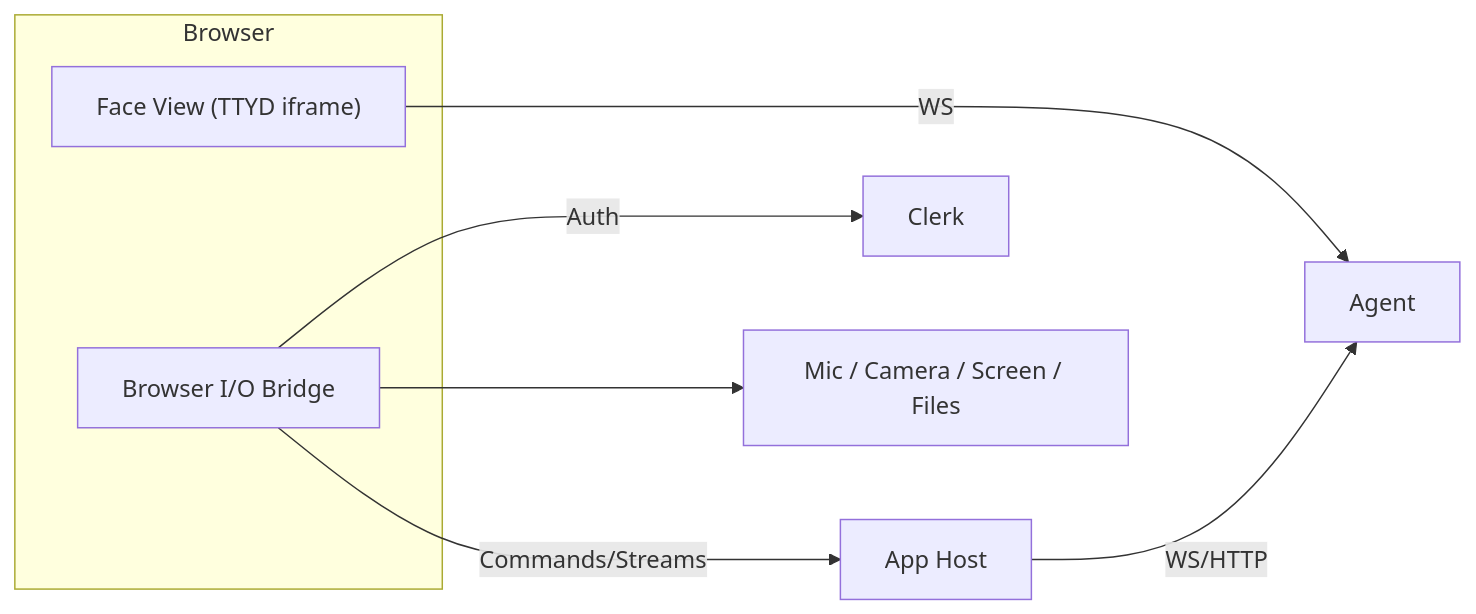
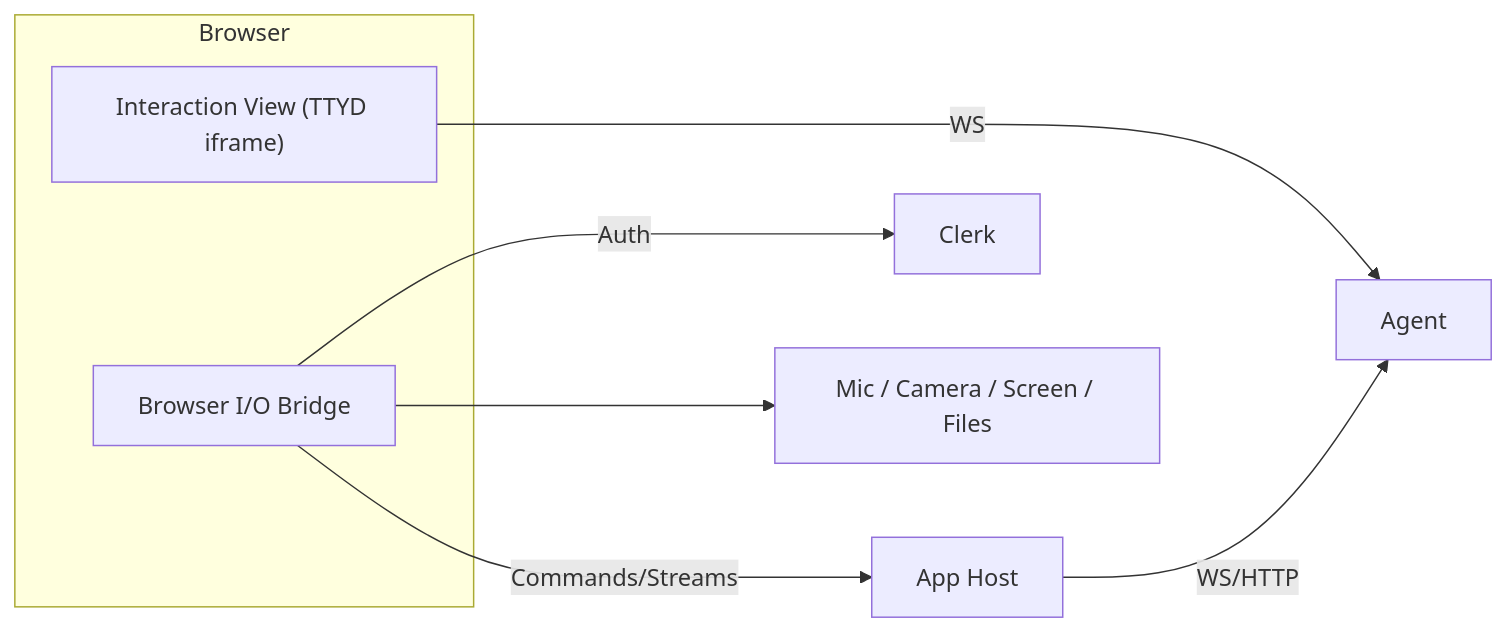
The diagram in design/AGENTS.md (dreamcatcher-tech/artifact-codex), drawn with Mermaid before and after one commit. The commit also changed other lines of this file and 41 other files, not shown here.

````diff
--- a/design/AGENTS.md
+++ b/design/AGENTS.md
@@ -124,17 +124,17 @@
 ```mermaid
 flowchart LR
   subgraph Browser
-    FV["Face View (TTYD iframe)"]
+    IV["Interaction View (TTYD iframe)"]
     BM["Browser I/O Bridge"]
   end
   AH["App Host"]
   AG["Agent"]
   CL["Clerk"]
   DEV["Mic / Camera / Screen / Files"]
 
-  FV -->|WS| AG
+  IV -->|WS| AG
   BM -->|Auth| CL
   BM -->|Commands/Streams| AH
   AH -->|WS/HTTP| AG
   BM --> DEV
 ```
````
